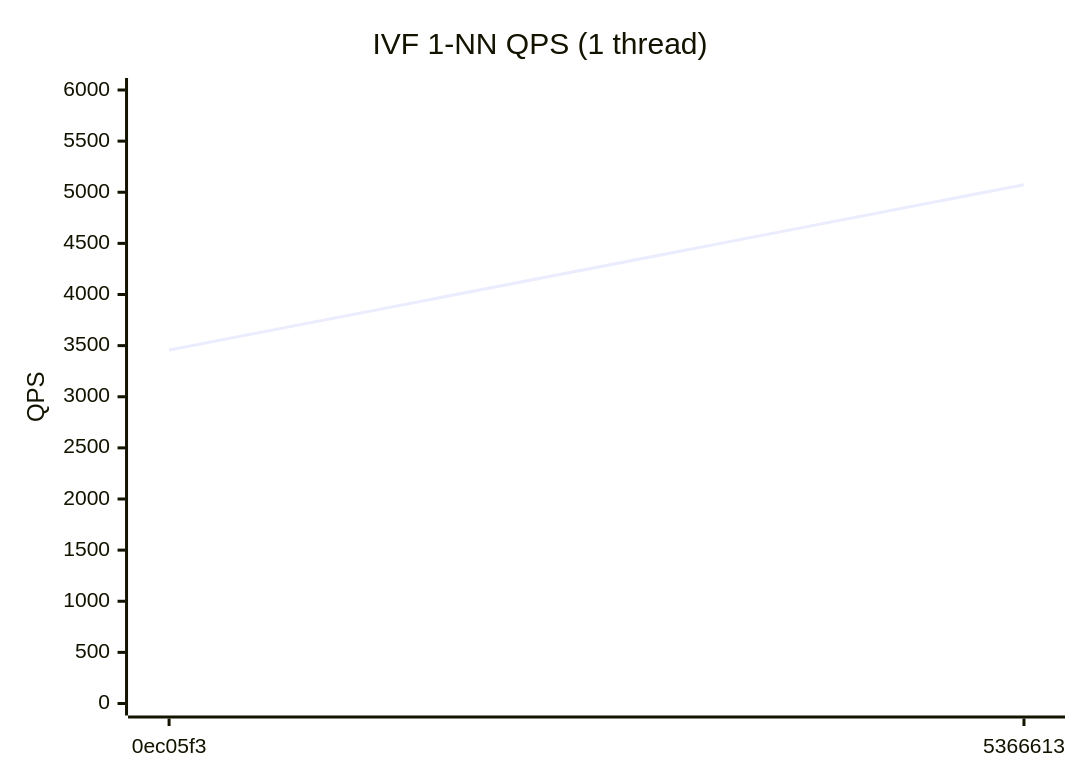
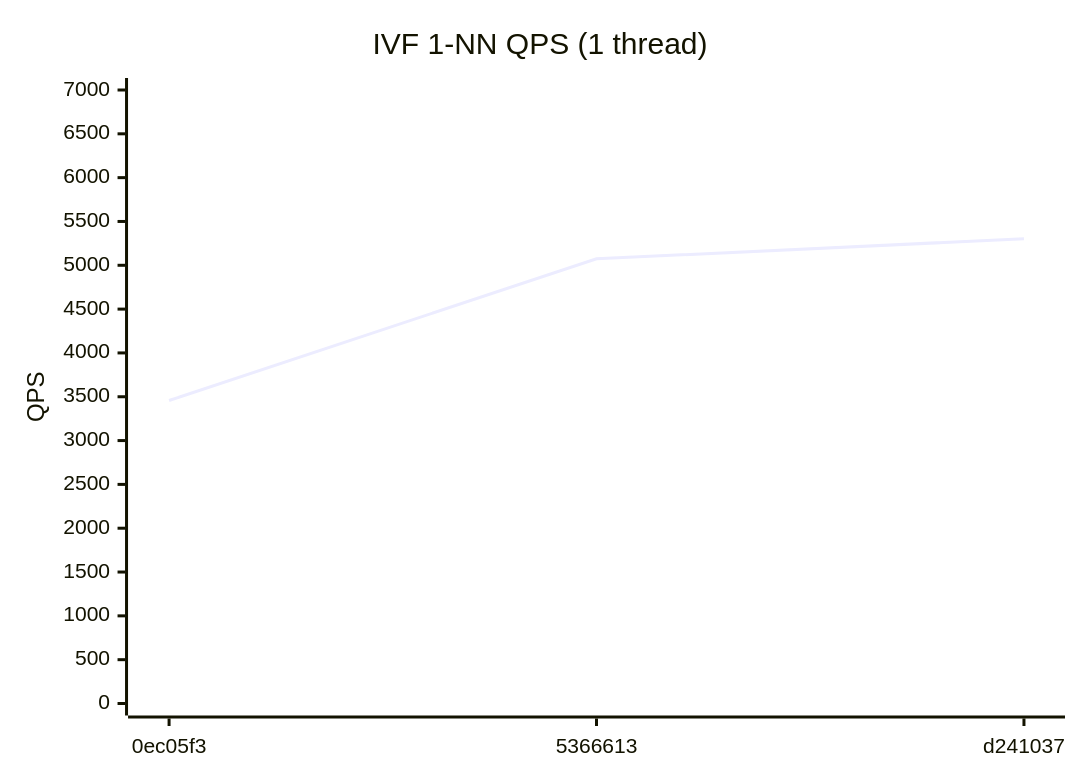
Before and after one commit to bibidhSubedi0/RedBoxDb: the third of 4 diagrams in benchmarks/REPORT.md, drawn with Mermaid. The commit also changed other lines of this file and 1 other file, not shown here.

````diff
--- a/benchmarks/REPORT.md
+++ b/benchmarks/REPORT.md
@@ -39,7 +39,7 @@
 ```mermaid
 xychart-beta
   title "IVF 1-NN QPS (1 thread)"
-  x-axis ["0ec05f3", "5366613"]
-  y-axis "QPS" 0 --> 6000
-  line [3457, 5074]
+  x-axis ["0ec05f3", "5366613", "d241037"]
+  y-axis "QPS" 0 --> 7000
+  line [3457, 5074, 5303]
 ```
````
